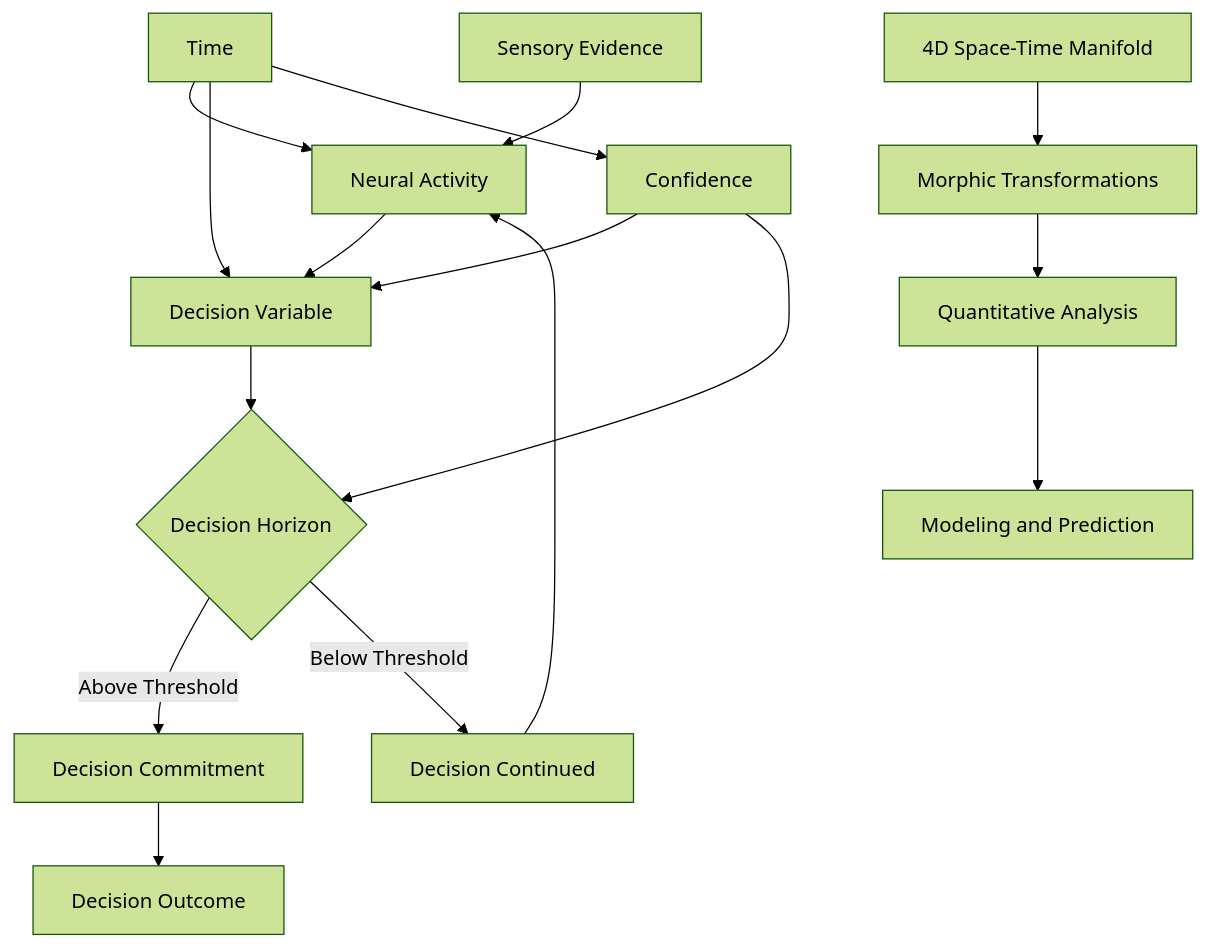
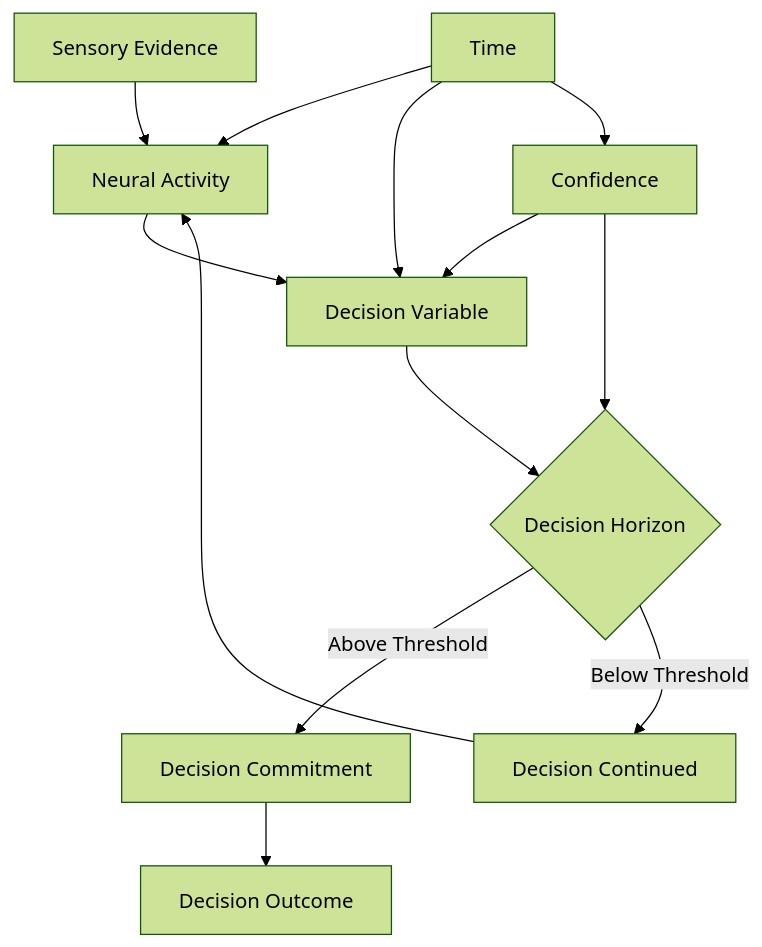
One commit to EveryOneIsGross/scratchTHOUGHTS changed the first of 2 diagrams in README.md. Above: the diagram before and after it, drawn with Mermaid (forest theme).

````diff
--- a/README.md
+++ b/README.md
@@ -2,20 +2,16 @@
 ```mermaid
 graph TD
     A[Sensory Evidence] --> B[Neural Activity]
     B --> C[Decision Variable]
     C --> D{Decision Horizon}
     D -->|Above Threshold| E[Decision Commitment]
     D -->|Below Threshold| F[Decision Continued]
     F --> B
     E --> G[Decision Outcome]
 
     H[Confidence] --> C
     H --> D
     I[Time] --> B
     I --> C
     I --> H
-
-    J[4D Space-Time Manifold] --> K[Morphic Transformations]
-    K --> L[Quantitative Analysis]
-    L --> M[Modeling and Prediction]
 ```
````
